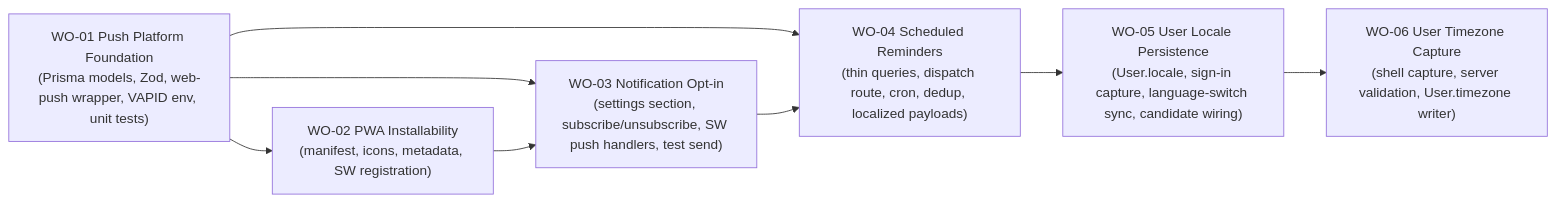
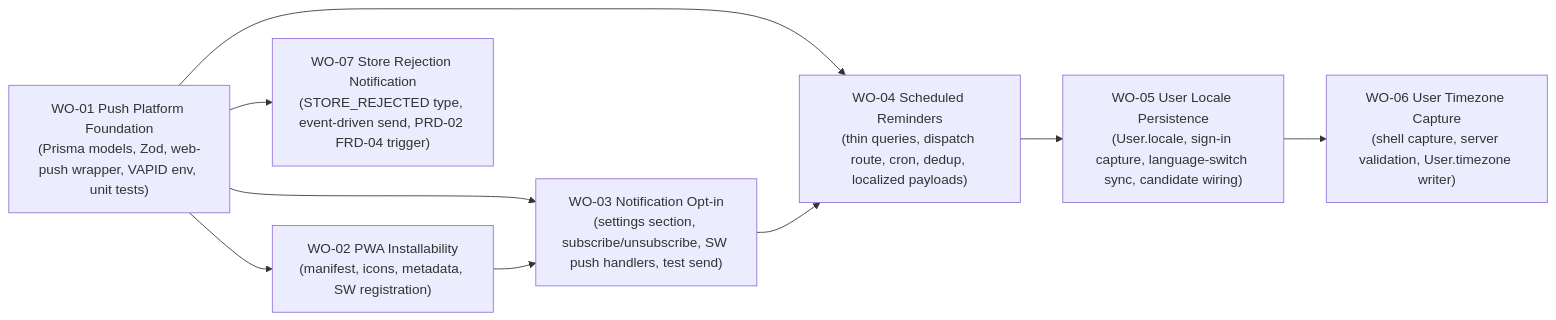
Before and after one commit to MineiToshio/PandaTrack: the diagram in docs/product/prd-02-collector-app/frd-09-reminders-and-notifications/bp-01-pwa-and-push-reminders-platform/bp-01-pwa-and-push-reminders-platform.md, drawn with Mermaid. The commit also changed other lines of this file and 25 other files, not shown here.

First line of the commit message:
docs(admin): add PRD-03 admin platform and moderation console, extend FRD-04/FRD-09

````diff
--- a/docs/product/prd-02-collector-app/frd-09-reminders-and-notifications/bp-01-pwa-and-push-reminders-platform/bp-01-pwa-and-push-reminders-platform.md
+++ b/docs/product/prd-02-collector-app/frd-09-reminders-and-notifications/bp-01-pwa-and-push-reminders-platform/bp-01-pwa-and-push-reminders-platform.md
@@ -120,17 +131,19 @@
 ```mermaid
 flowchart LR
   WO01["WO-01 Push Platform Foundation<br/>(Prisma models, Zod, web-push wrapper, VAPID env, unit tests)"]
   WO02["WO-02 PWA Installability<br/>(manifest, icons, metadata, SW registration)"]
   WO03["WO-03 Notification Opt-in<br/>(settings section, subscribe/unsubscribe, SW push handlers, test send)"]
   WO04["WO-04 Scheduled Reminders<br/>(thin queries, dispatch route, cron, dedup, localized payloads)"]
   WO05["WO-05 User Locale Persistence<br/>(User.locale, sign-in capture, language-switch sync, candidate wiring)"]
   WO06["WO-06 User Timezone Capture<br/>(shell capture, server validation, User.timezone writer)"]
+  WO07["WO-07 Store Rejection Notification<br/>(STORE_REJECTED type, event-driven send, PRD-02 FRD-04 trigger)"]
 
   WO01 --> WO02
   WO01 --> WO03
   WO01 --> WO04
   WO02 --> WO03
   WO03 --> WO04
   WO04 --> WO05
   WO05 --> WO06
+  WO01 --> WO07
 ```
````
